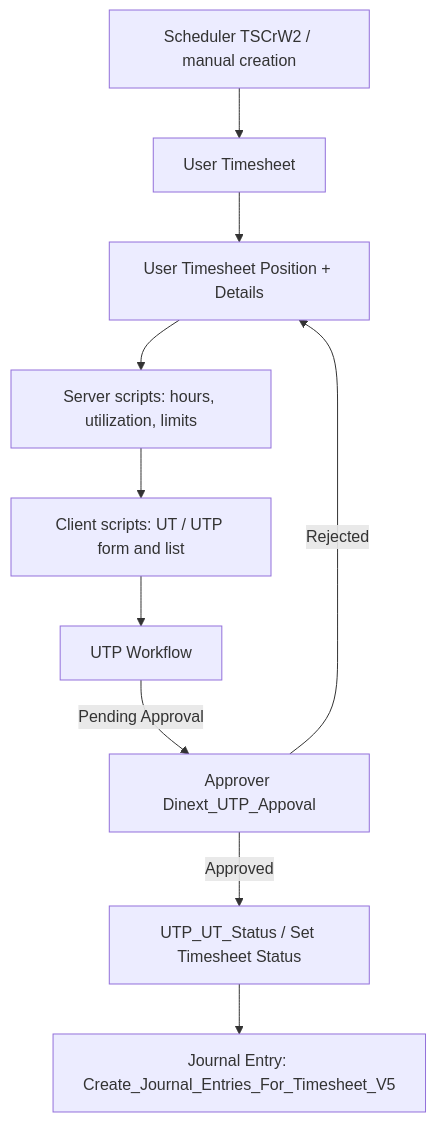
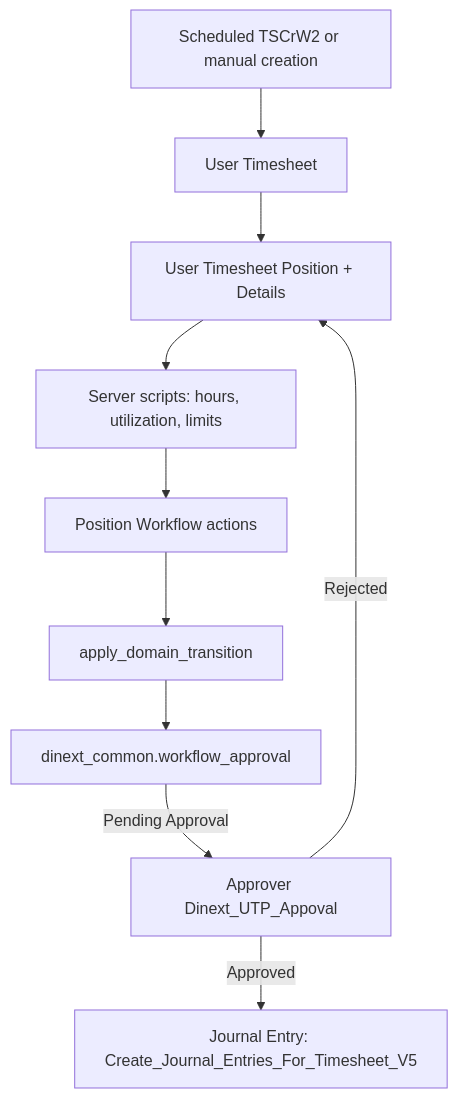
One commit to Dinext-pro/dinext-timesheets changed the first of 2 diagrams in README.md. Above: the diagram before and after it, drawn with Mermaid. The commit also changed other lines of this file and 249 other files, not shown here.

````diff
--- a/README.md
+++ b/README.md
@@ -244,12 +275,12 @@
 ```mermaid
 flowchart TD
-    A[Scheduler TSCrW2 / manual creation] --> B[User Timesheet]
+    A[Scheduled TSCrW2 or manual creation] --> B[User Timesheet]
     B --> C[User Timesheet Position + Details]
     C --> D[Server scripts: hours, utilization, limits]
-    D --> E[Client scripts: UT / UTP form and list]
-    E --> F[UTP Workflow]
-    F -->|Pending Approval| G[Approver Dinext_UTP_Appoval]
-    G -->|Approved| H[UTP_UT_Status / Set Timesheet Status]
-    H --> I[Journal Entry: Create_Journal_Entries_For_Timesheet_V5]
-    G -->|Rejected| C
+    D --> E[Position Workflow actions]
+    E --> F[apply_domain_transition]
+    F --> G[dinext_common.workflow_approval]
+    G -->|Pending Approval| H[Approver Dinext_UTP_Appoval]
+    H -->|Approved| I[Journal Entry: Create_Journal_Entries_For_Timesheet_V5]
+    H -->|Rejected| C
 ```
````
